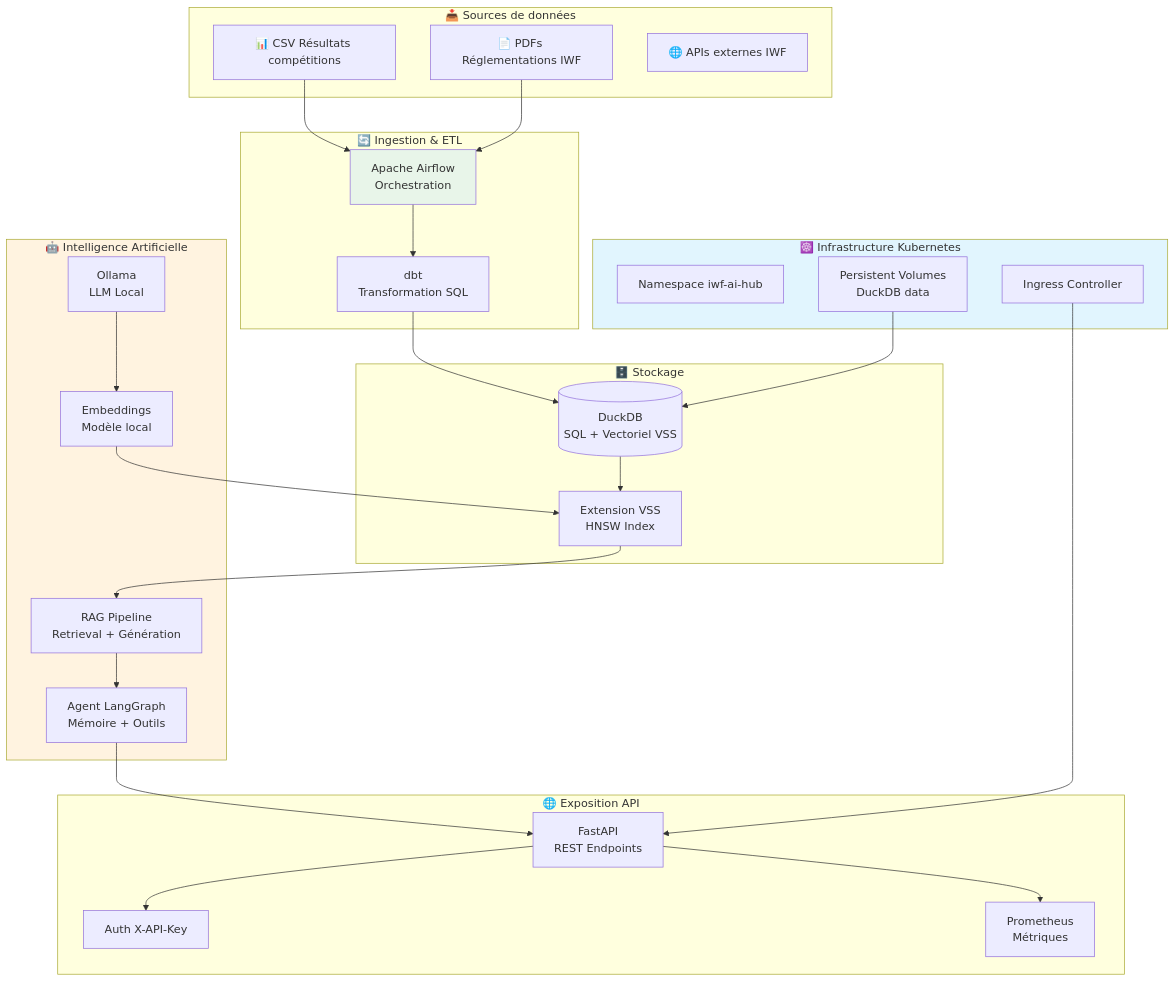
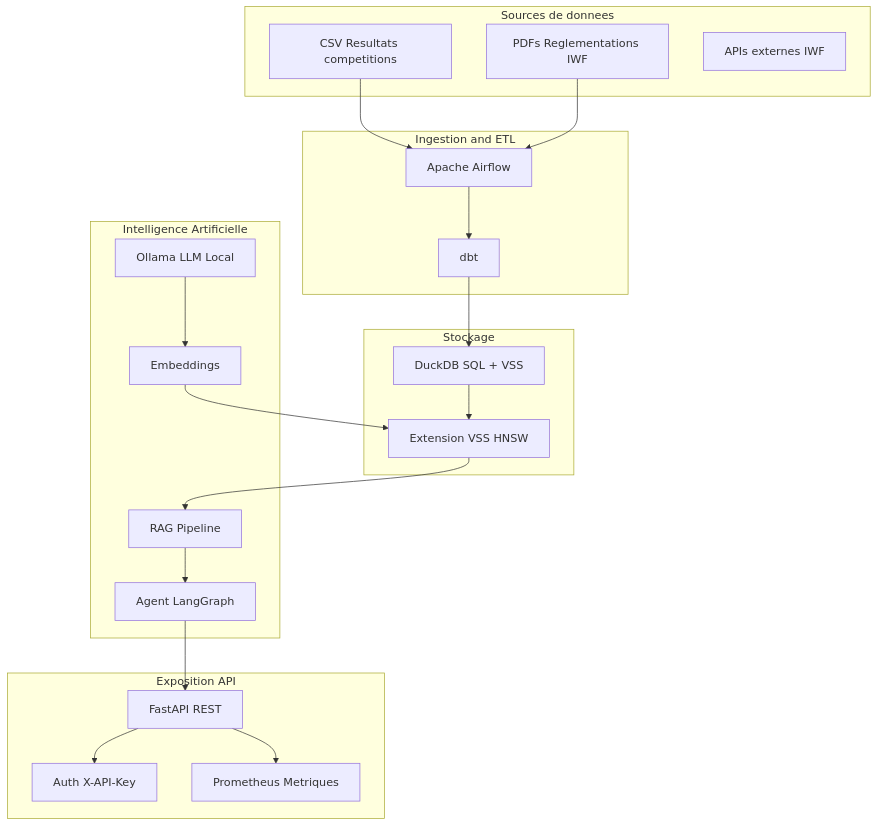
One commit to gautbl/iwf-ai-hub changed the diagram in README.md. Above: the diagram before and after it, drawn with Mermaid. The commit also changed other lines of this file and 2 other files, not shown here.

````diff
--- a/README.md
+++ b/README.md
@@ -24,60 +24,47 @@
 ```mermaid
 graph TB
 
-    subgraph DataSources["📥 Sources de données"]
-        PDF[📄 PDFs Réglementations IWF]
-        CSV[📊 CSV Résultats compétitions]
-        API_EXT[🌐 APIs externes IWF]
+    subgraph DataSources["Sources de donnees"]
+        PDF[PDFs Reglementations IWF]
+        CSV[CSV Resultats competitions]
+        API_EXT[APIs externes IWF]
     end
 
-    subgraph Ingestion["🔄 Ingestion & ETL"]
-        AIRFLOW[Apache Airflow<br/>Orchestration]
-        DBT[dbt<br/>Transformation SQL]
+    subgraph Ingestion["Ingestion and ETL"]
+        AIRFLOW[Apache Airflow]
+        DBT[dbt]
     end
 
-    subgraph Storage["🗄️ Stockage"]
-        DUCKDB[(DuckDB<br/>SQL + Vectoriel VSS)]
-        VSS[Extension VSS<br/>HNSW Index]
+    subgraph Storage["Stockage"]
+        DUCKDB[DuckDB SQL + VSS]
+        VSS[Extension VSS HNSW]
     end
 
-    subgraph AI["🤖 Intelligence Artificielle"]
-        OLLAMA[Ollama<br/>LLM Local]
-        EMBED[Embeddings<br/>Modèle local]
-        RAG[RAG Pipeline<br/>Retrieval + Génération]
-        AGENT[Agent LangGraph<br/>Mémoire + Outils]
+    subgraph AI["Intelligence Artificielle"]
+        OLLAMA[Ollama LLM Local]
+        EMBED[Embeddings]
+        RAG[RAG Pipeline]
+        AGENT[Agent LangGraph]
     end
 
-    subgraph API["🌐 Exposition API"]
-        FASTAPI[FastAPI<br/>REST Endpoints]
+    subgraph API["Exposition API"]
+        FASTAPI[FastAPI REST]
         AUTH[Auth X-API-Key]
-        MONITOR[Prometheus<br/>Métriques]
-    end
-
-    subgraph K8s["☸️ Infrastructure Kubernetes"]
-        NS[Namespace iwf-ai-hub]
-        INGRESS[Ingress Controller]
-        PV[Persistent Volumes<br/>DuckDB data]
+        MONITOR[Prometheus Metriques]
     end
 
     CSV --> AIRFLOW
     PDF --> AIRFLOW
     AIRFLOW --> DBT
     DBT --> DUCKDB
-    
+
     DUCKDB --> VSS
     VSS --> RAG
     OLLAMA --> EMBED
     EMBED --> VSS
     RAG --> AGENT
-    
+
     AGENT --> FASTAPI
     FASTAPI --> AUTH
     FASTAPI --> MONITOR
-    
-    INGRESS --> FASTAPI
-    PV --> DUCKDB
-    
-    style K8s fill:#e1f5fe
-    style AI fill:#fff3e0
-    style AIRFLOW fill:#e8f5e9
 ```
````
